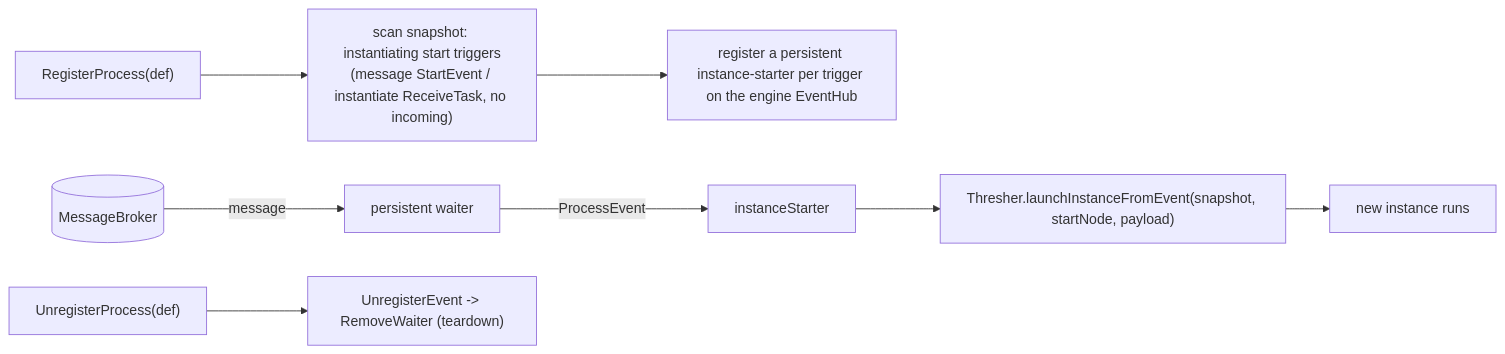
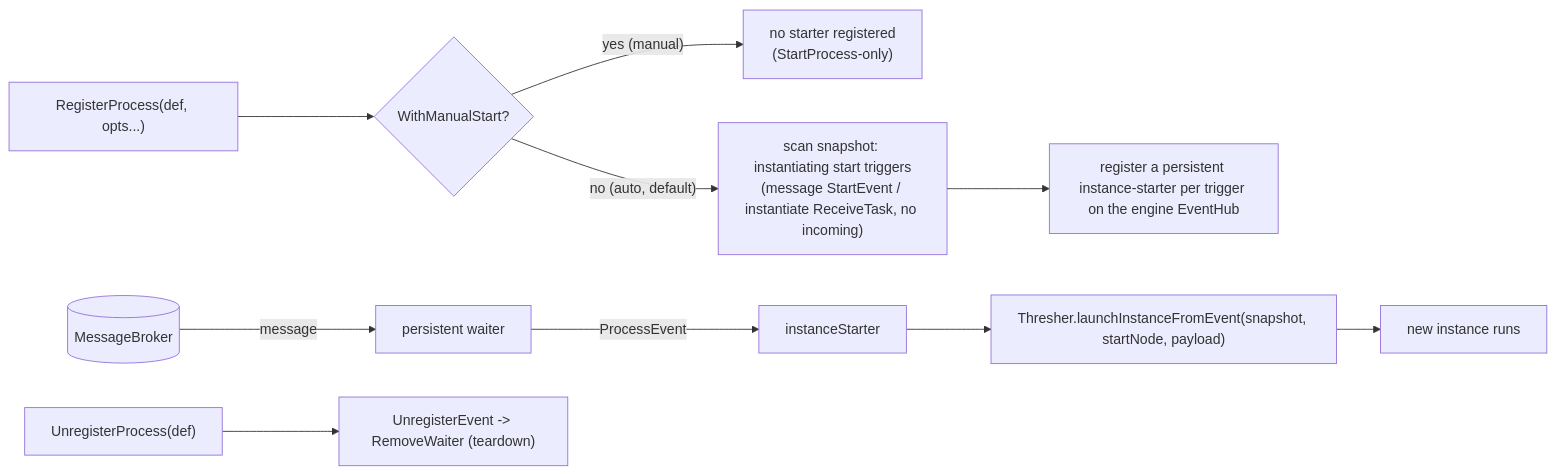
One commit to dr-dobermann/gobpm changed the second of 3 diagrams in docs/srd/SRD-015-message-correlation-instantiation.md. Above: the diagram before and after it, drawn with Mermaid. The commit also changed other lines of this file and 1 other file, not shown here.

First line of the commit message:
docs(adr-015,srd-015): add manual-start registration mode

````diff
--- a/docs/srd/SRD-015-message-correlation-instantiation.md
+++ b/docs/srd/SRD-015-message-correlation-instantiation.md
@@ -116,10 +117,12 @@
 ```mermaid
 flowchart LR
-    RP["RegisterProcess(def)"] --> SC["scan snapshot: instantiating start triggers\n(message StartEvent / instantiate ReceiveTask, no incoming)"]
+    RP["RegisterProcess(def, opts...)"] --> MS{"WithManualStart?"}
+    MS -->|"yes (manual)"| SK["no starter registered\n(StartProcess-only)"]
+    MS -->|"no (auto, default)"| SC["scan snapshot: instantiating start triggers\n(message StartEvent / instantiate ReceiveTask, no incoming)"]
     SC --> REG["register a persistent instance-starter per trigger on the engine EventHub"]
     B[("MessageBroker")] -->|"message"| W["persistent waiter"]
     W -->|"ProcessEvent"| ST["instanceStarter"]
     ST --> LI["Thresher.launchInstanceFromEvent(snapshot, startNode, payload)"]
     LI --> RUN["new instance runs"]
     UP["UnregisterProcess(def)"] --> RM["UnregisterEvent -> RemoveWaiter (teardown)"]
 ```
````
